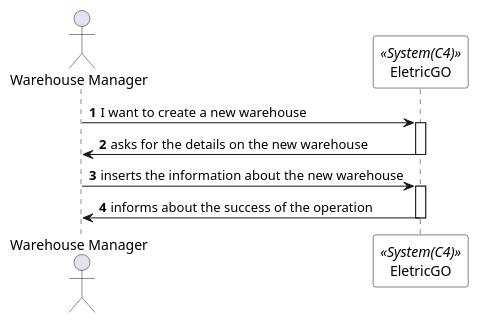
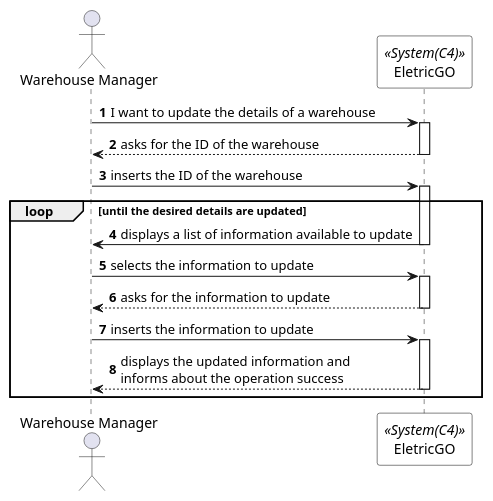
The diagram in Documents/Deployment Diagrams/Level 1 - System Context/Process View/Warehouse/updateWarehouseSSD.puml (0franciscor/dei_3dj_057), drawn with PlantUML before and after one commit. The commit also changed 12 other files, not shown here.

Commit message:
#11 - Diagramas de nível 1 relativos a vista de processos referente ao caso de uso de 'Criar, Listar e Editar Armazéns'

```diff
--- a/Documents/Deployment Diagrams/Level 1 - System Context/Process View/Warehouse/updateWarehouseSSD.puml
+++ b/Documents/Deployment Diagrams/Level 1 - System Context/Process View/Warehouse/updateWarehouseSSD.puml
@@ -1,28 +1,44 @@
 @startuml createDeliverySSD
 autonumber
 
 skinparam sequence {
 ParticipantBorderColor black
 ParticipantBackgroundColor white
 }
 
 actor "Warehouse Manager" as admin
 participant EletricGO as system <<System(C4)>>
 
 
-admin -> system: I want to create a new warehouse
+admin -> system: I want to update the details of a warehouse
 activate system
 
-system -> admin: asks for the details on the new warehouse
+system --> admin: asks for the ID of the warehouse
 deactivate system
 
-admin -> system: inserts the information about the new warehouse
+admin -> system: inserts the ID of the warehouse
 activate system
 
-system -> admin: informs about the success of the operation
+loop until the desired details are updated
+
+system -_> admin: displays a list of information available to update
 deactivate system
+
+admin -> system: selects the information to update
+activate system
+
+system --> admin: asks for the information to update
+deactivate system
+
+admin -> system: inserts the information to update
+activate system
+
+system --> admin: displays the updated information and \ninforms about the operation success
+deactivate system
+
+end loop
 
 deactivate system
 deactivate admin
 
 @enduml
```
